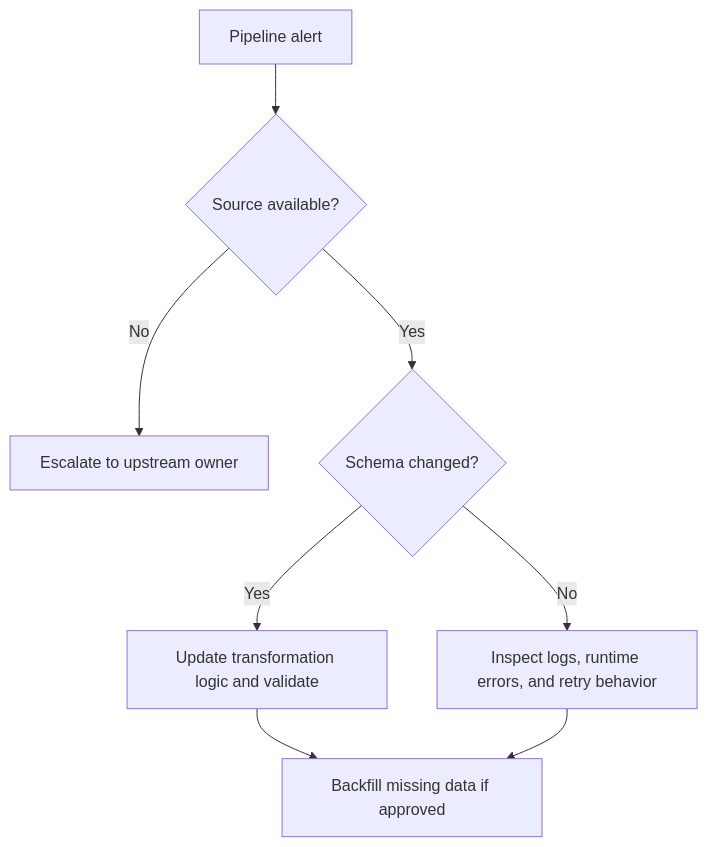
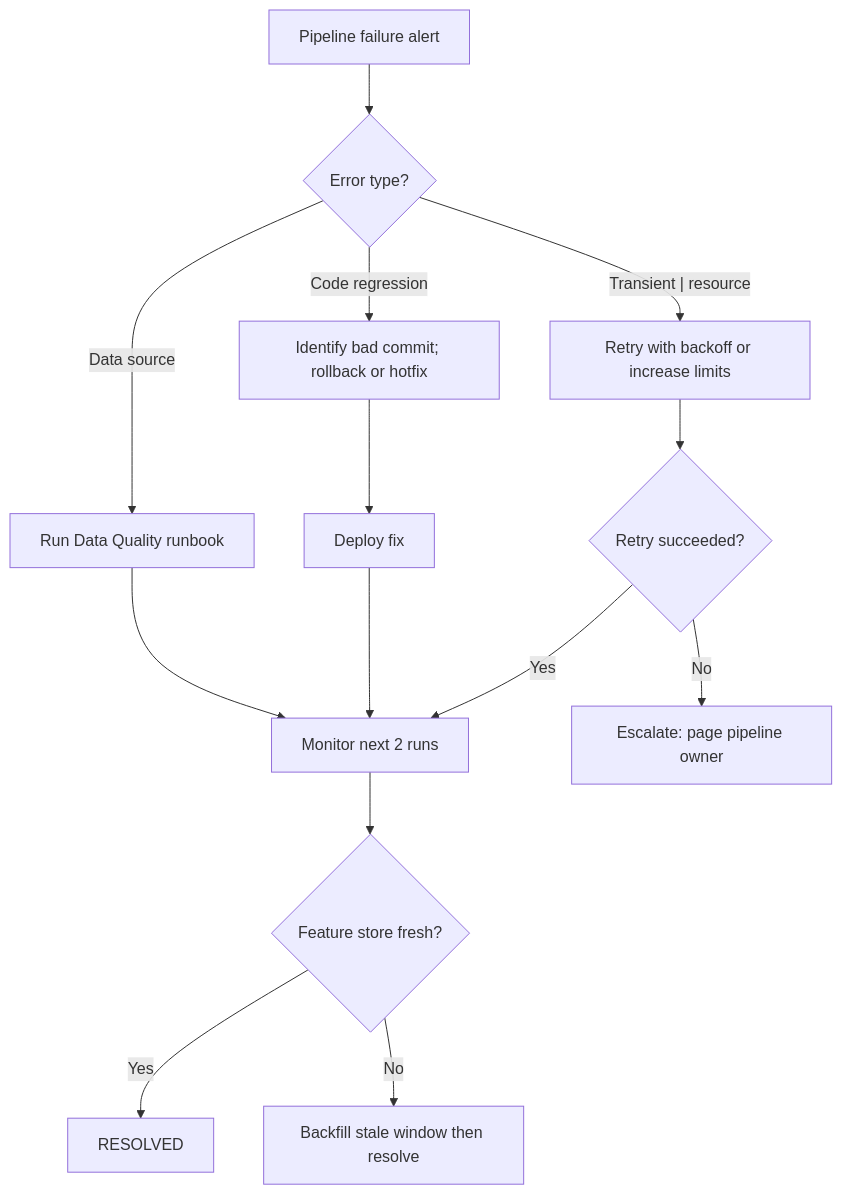
Before and after one commit to zrlopez/ml-incident-response-playbook: the diagram in runbooks/pipeline_failure.md, drawn with Mermaid. The commit also changed other lines of this file and 5 other files, not shown here.

````diff
--- a/runbooks/pipeline_failure.md
+++ b/runbooks/pipeline_failure.md
@@ -32,10 +74,16 @@
 ```mermaid
 flowchart TD
-    A[Pipeline alert] --> B{Source available?}
-    B -- No --> C[Escalate to upstream owner]
-    B -- Yes --> D{Schema changed?}
-    D -- Yes --> E[Update transformation logic and validate]
-    D -- No --> F[Inspect logs, runtime errors, and retry behavior]
-    E --> G[Backfill missing data if approved]
-    F --> G
+    A[Pipeline failure alert] --> B{Error type?}
+    B -- Transient | resource --> C[Retry with backoff or increase limits]
+    B -- Code regression --> D[Identify bad commit; rollback or hotfix]
+    B -- Data source --> E[Run Data Quality runbook]
+    C --> F{Retry succeeded?}
+    F -- Yes --> G[Monitor next 2 runs]
+    F -- No --> H[Escalate: page pipeline owner]
+    D --> I[Deploy fix]
+    I --> G
+    E --> G
+    G --> J{Feature store fresh?}
+    J -- Yes --> K[RESOLVED]
+    J -- No --> L[Backfill stale window then resolve]
 ```
````
